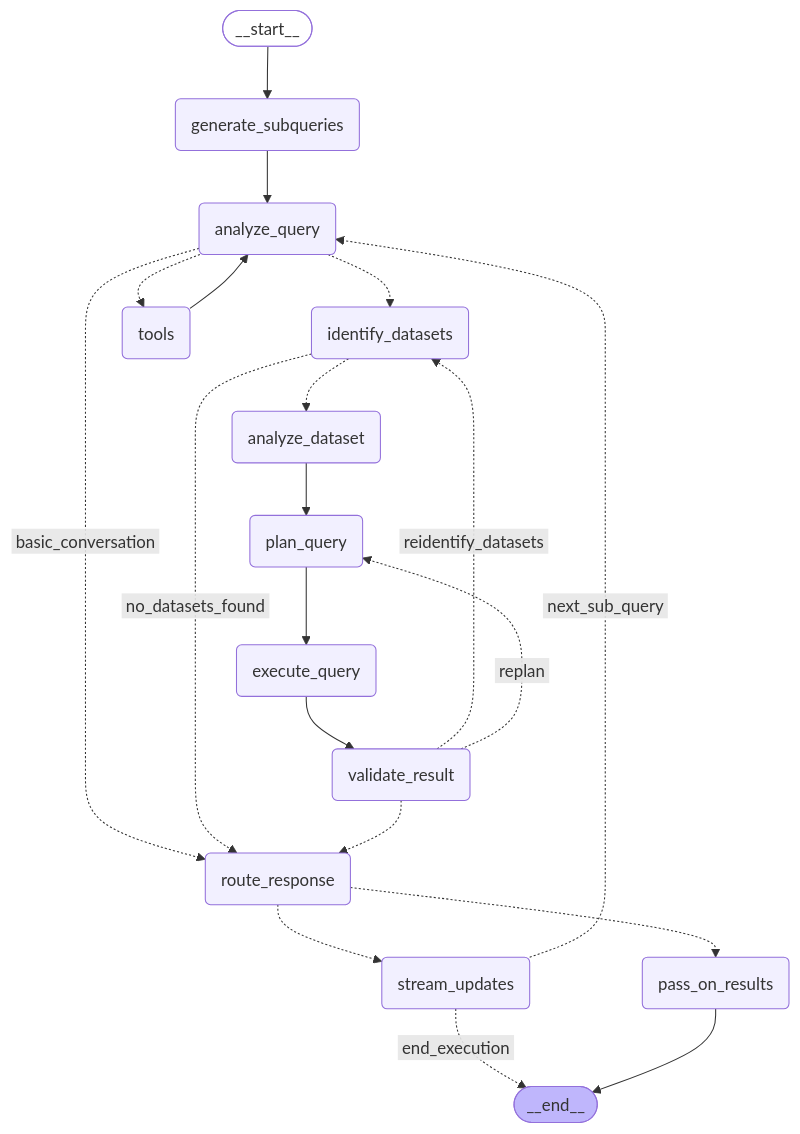
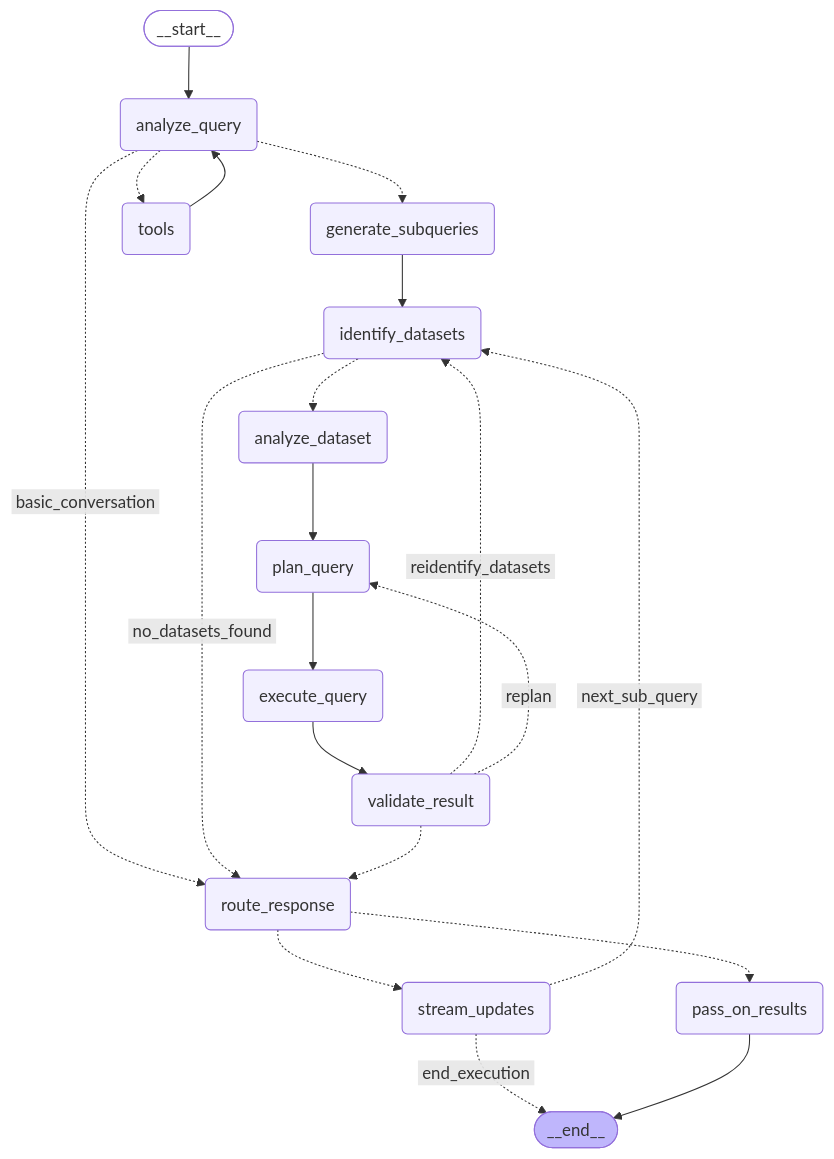
One commit to factly/gopie changed the diagram in chat-server/app/workflow/graph/graph_mermaid/multi_dataset_graph.mmd. Above: the diagram before and after it, drawn with Mermaid. The commit also changed 3 other files, not shown here.

Commit message:
refactor analyze query for as per new graph

```diff
--- a/chat-server/app/workflow/graph/graph_mermaid/multi_dataset_graph.mmd
+++ b/chat-server/app/workflow/graph/graph_mermaid/multi_dataset_graph.mmd
@@ -1,41 +1,41 @@
 ---
 config:
   flowchart:
     curve: basis
 ---
 graph TD;
 	__start__([<p>__start__</p>]):::first
 	generate_subqueries(generate_subqueries)
 	identify_datasets(identify_datasets)
 	analyze_query(analyze_query)
 	plan_query(plan_query)
 	execute_query(execute_query)
 	analyze_dataset(analyze_dataset)
 	stream_updates(stream_updates)
 	validate_result(validate_result)
 	tools(tools)
 	route_response(route_response)
 	pass_on_results(pass_on_results)
 	__end__([<p>__end__</p>]):::last
-	__start__ --> generate_subqueries;
+	__start__ --> analyze_query;
 	analyze_dataset --> plan_query;
-	analyze_query -.-> identify_datasets;
+	analyze_query -.-> generate_subqueries;
 	analyze_query -. &nbsp;basic_conversation&nbsp; .-> route_response;
 	analyze_query -.-> tools;
 	execute_query --> validate_result;
-	generate_subqueries --> analyze_query;
+	generate_subqueries --> identify_datasets;
 	identify_datasets -.-> analyze_dataset;
 	identify_datasets -. &nbsp;no_datasets_found&nbsp; .-> route_response;
 	plan_query --> execute_query;
 	route_response -.-> pass_on_results;
 	route_response -.-> stream_updates;
 	stream_updates -. &nbsp;end_execution&nbsp; .-> __end__;
-	stream_updates -. &nbsp;next_sub_query&nbsp; .-> analyze_query;
+	stream_updates -. &nbsp;next_sub_query&nbsp; .-> identify_datasets;
 	tools --> analyze_query;
 	validate_result -. &nbsp;reidentify_datasets&nbsp; .-> identify_datasets;
 	validate_result -. &nbsp;replan&nbsp; .-> plan_query;
 	validate_result -.-> route_response;
 	pass_on_results --> __end__;
 	classDef default fill:#f2f0ff,line-height:1.2
 	classDef first fill-opacity:0
 	classDef last fill:#bfb6fc
```
